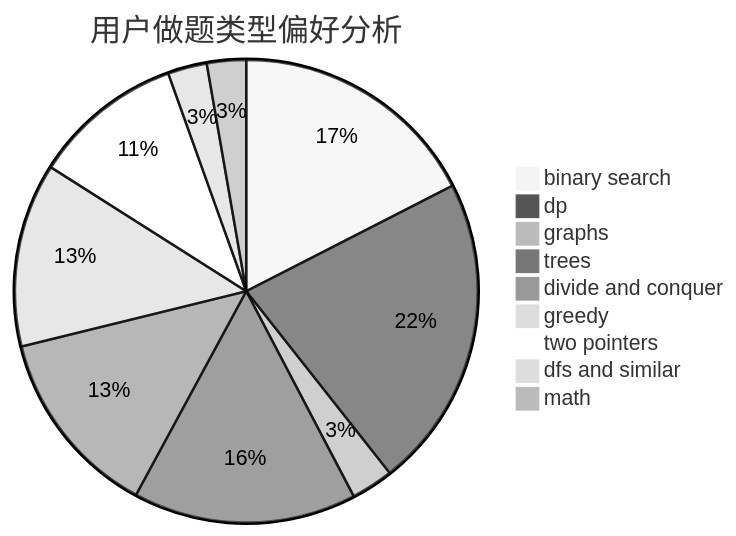
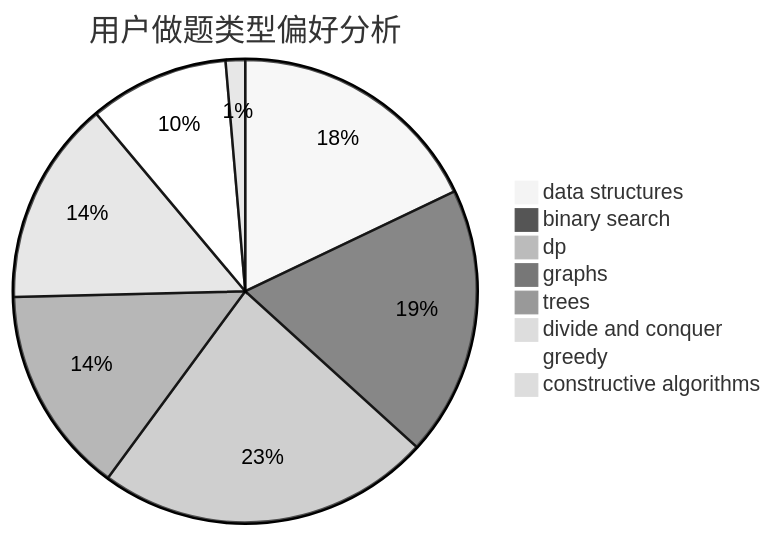
One commit to sherpahu/cfrs.github.io changed the second of 3 diagrams in docs/user/u609.md. Above: the diagram before and after it, drawn with Mermaid (neutral theme). The commit also changed other lines of this file and 2775 other files, not shown here.

````diff
--- a/docs/user/u609.md
+++ b/docs/user/u609.md
@@ -23,12 +23,11 @@
 ```mermaid
 pie title 用户做题类型偏好分析
+    "data structures" :  79
     "binary search" :  83
-    "dp" :  104
-    "graphs" :  14
-    "trees" :  74
+    "dp" :  103
+    "graphs" :  3
+    "trees" :  64
     "divide and conquer" :  63
-    "greedy" :  61
-    "two pointers" :  50
-    "dfs and similar" :  13
-    "math" :  13
+    "greedy" :  43
+    "constructive algorithms" :  6
 ```
````
